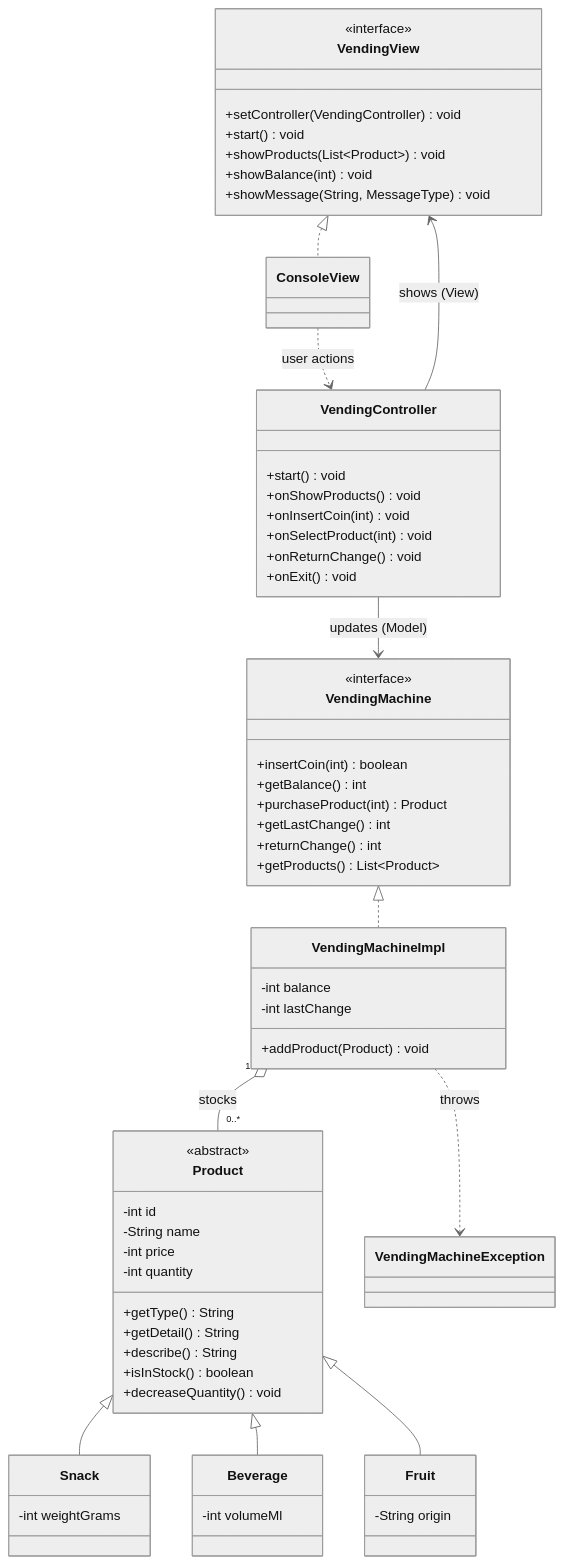
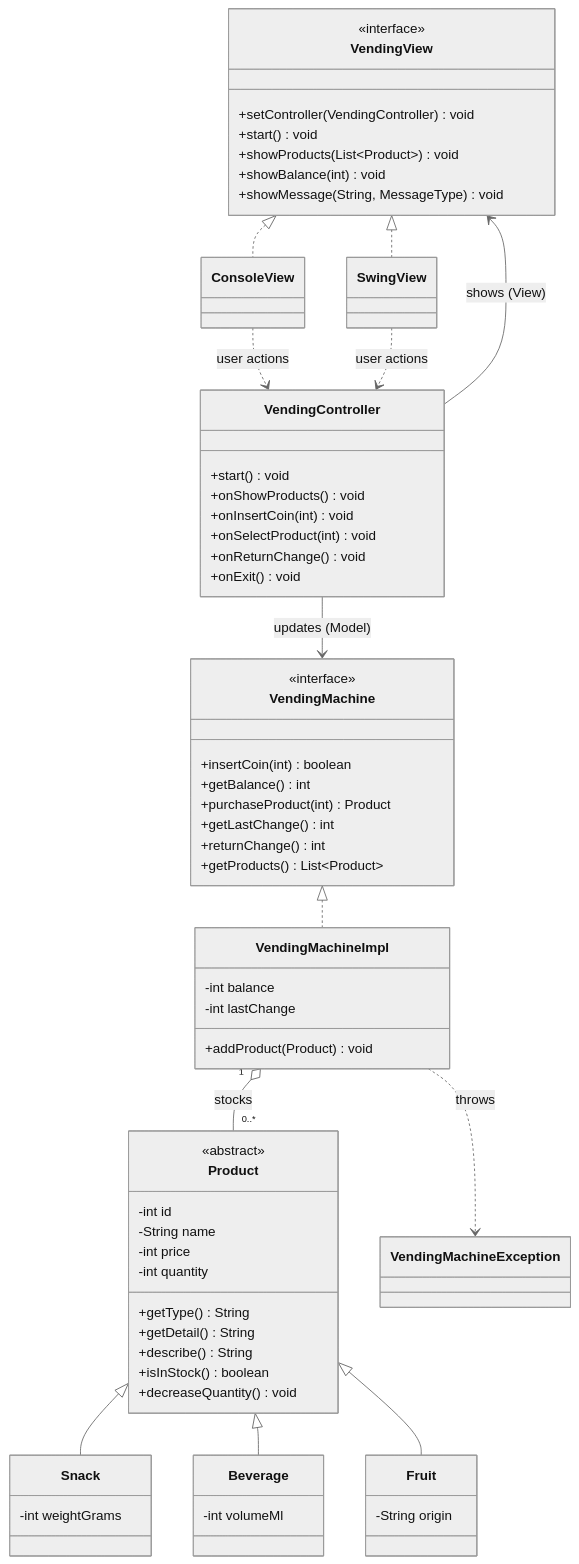
Before and after one commit to Elnaz-Azizi/vending-machine-solution: the diagram in README.md, drawn with Mermaid (neutral theme). The commit also changed other lines of this file and 3 other files, not shown here.

Commit message:
Add Swing graphical UI for vending machine

````diff
--- a/README.md
+++ b/README.md
@@ -186,61 +186,64 @@
 ```mermaid
 classDiagram
     class Product {
         <<abstract>>
         -int id
         -String name
         -int price
         -int quantity
         +getType() String
         +getDetail() String
         +describe() String
         +isInStock() boolean
         +decreaseQuantity() void
     }
     class Snack { -int weightGrams }
     class Beverage { -int volumeMl }
     class Fruit { -String origin }
     class VendingMachine {
         <<interface>>
         +insertCoin(int) boolean
         +getBalance() int
         +purchaseProduct(int) Product
         +getLastChange() int
         +returnChange() int
         +getProducts() List~Product~
     }
     class VendingMachineImpl {
         -int balance
         -int lastChange
         +addProduct(Product) void
     }
     class VendingView {
         <<interface>>
         +setController(VendingController) void
         +start() void
         +showProducts(List~Product~) void
         +showBalance(int) void
         +showMessage(String, MessageType) void
     }
     class ConsoleView
+    class SwingView
     class VendingController {
         +start() void
         +onShowProducts() void
         +onInsertCoin(int) void
         +onSelectProduct(int) void
         +onReturnChange() void
         +onExit() void
     }
     class VendingMachineException
 
     Product <|-- Snack
     Product <|-- Beverage
     Product <|-- Fruit
     VendingMachine <|.. VendingMachineImpl
     VendingMachineImpl "1" o-- "0..*" Product : stocks
     VendingView <|.. ConsoleView
+    VendingView <|.. SwingView
     VendingController --> VendingMachine : updates (Model)
     VendingController --> VendingView : shows (View)
     ConsoleView ..> VendingController : user actions
+    SwingView ..> VendingController : user actions
     VendingMachineImpl ..> VendingMachineException : throws
 ```
````
